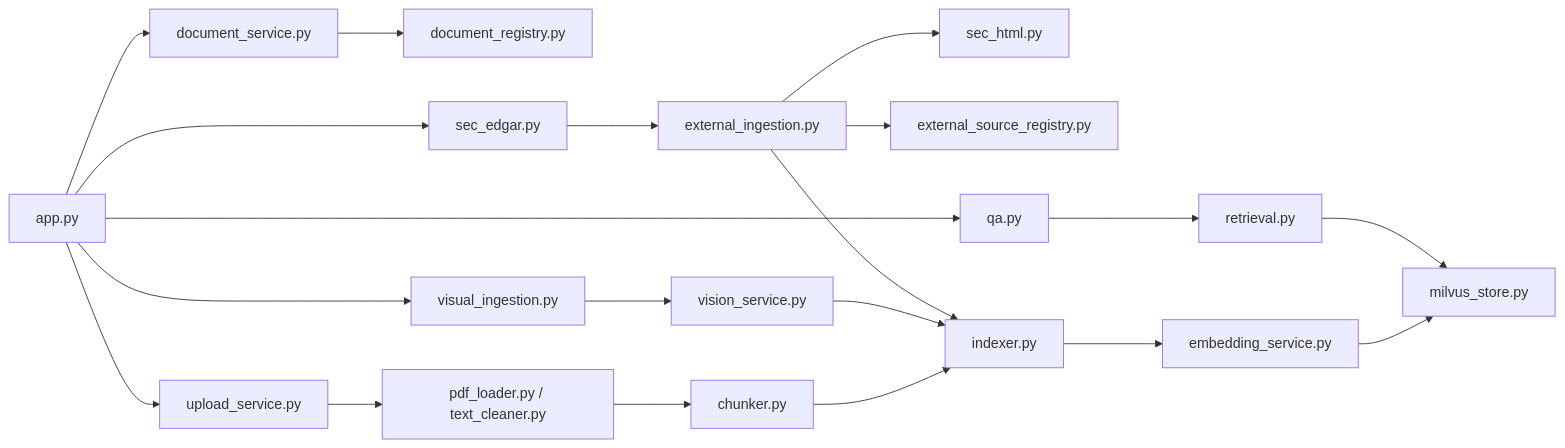
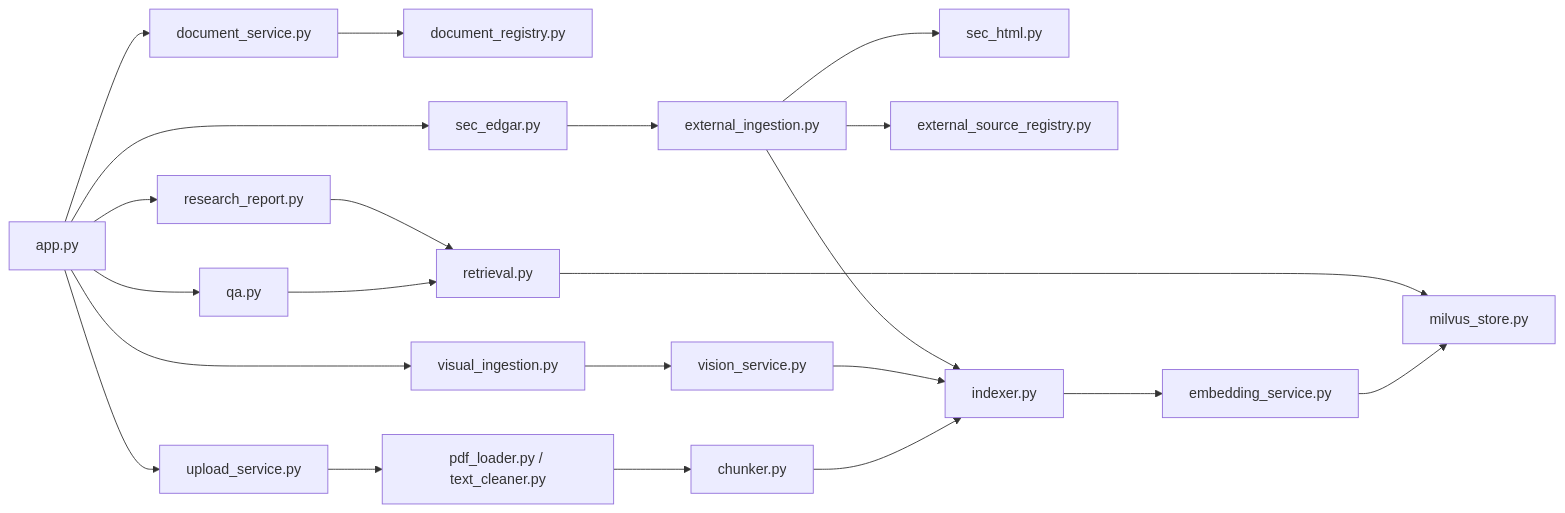
The second of 3 diagrams in docs/项目交接说明.md (tykhed666-lab/ResearchKB), drawn with Mermaid before and after one commit. The commit also changed other lines of this file and 6 other files, not shown here.

````diff
--- a/docs/项目交接说明.md
+++ b/docs/项目交接说明.md
@@ -257,29 +268,31 @@
 ```mermaid
 flowchart LR
     APP[app.py]
     UPLOAD[upload_service.py]
     DOCSERVICE[document_service.py]
     DOCREG[document_registry.py]
     SEC[sec_edgar.py]
     HTML[sec_html.py]
     EXTINGEST[external_ingestion.py]
     EXTREG[external_source_registry.py]
     PDF[pdf_loader.py / text_cleaner.py]
     CHUNK[chunker.py]
     INDEX[indexer.py]
     EMBED[embedding_service.py]
     STORE[milvus_store.py]
     RETRIEVE[retrieval.py]
     QA[qa.py]
+    REPORT[research_report.py]
     VISUAL[visual_ingestion.py]
     VISION[vision_service.py]
 
     APP --> UPLOAD --> PDF --> CHUNK --> INDEX
     APP --> DOCSERVICE --> DOCREG
     APP --> VISUAL --> VISION --> INDEX
     APP --> SEC --> EXTINGEST --> HTML
     EXTINGEST --> EXTREG
     EXTINGEST --> INDEX
     INDEX --> EMBED --> STORE
     APP --> QA --> RETRIEVE --> STORE
+    APP --> REPORT --> RETRIEVE
 ```
````
